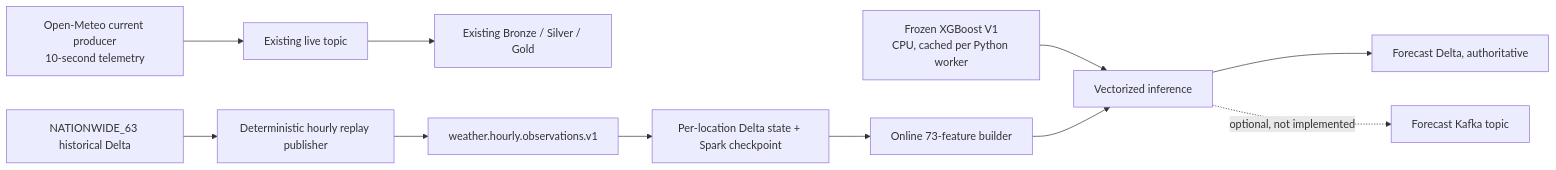
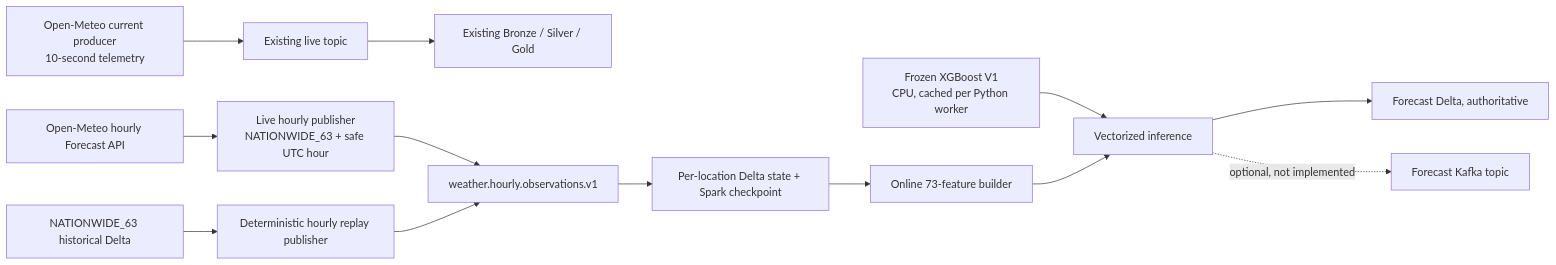
One commit to HaoLe2710/weather-streaming-bigdata changed the first of 3 diagrams in docs/STREAMING_INFERENCE_V1.md. Above: the diagram before and after it, drawn with Mermaid. The commit also changed other lines of this file and 72 other files, not shown here.

Commit message:
feat(live-hourly): add validated inference input pipeline

````diff
--- a/docs/STREAMING_INFERENCE_V1.md
+++ b/docs/STREAMING_INFERENCE_V1.md
@@ -19,13 +19,15 @@
 ```mermaid
 flowchart LR
     L[Open-Meteo current producer<br/>10-second telemetry] --> KT[Existing live topic]
     KT --> B[Existing Bronze / Silver / Gold]
+    LHO[Open-Meteo hourly Forecast API] --> LHP[Live hourly publisher<br/>NATIONWIDE_63 + safe UTC hour]
     H[NATIONWIDE_63 historical Delta] --> RP[Deterministic hourly replay publisher]
-    RP --> KI[weather.hourly.observations.v1]
+    LHP --> KI[weather.hourly.observations.v1]
+    RP --> KI
     KI --> S[Per-location Delta state + Spark checkpoint]
     S --> FE[Online 73-feature builder]
     M[Frozen XGBoost V1<br/>CPU, cached per Python worker] --> I[Vectorized inference]
     FE --> I
     I --> FD[Forecast Delta, authoritative]
     I -. optional, not implemented .-> KF[Forecast Kafka topic]
 ```
````
